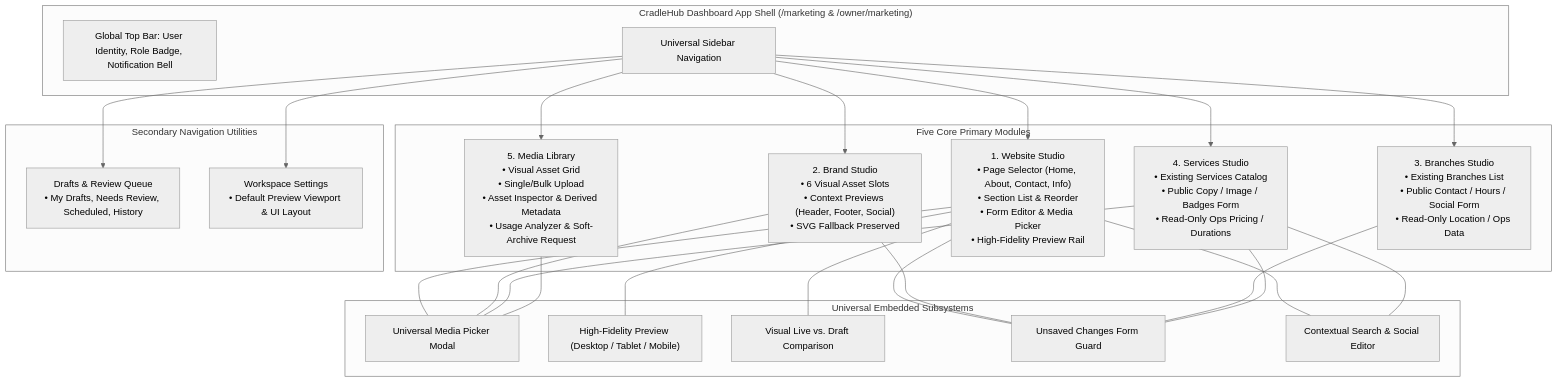
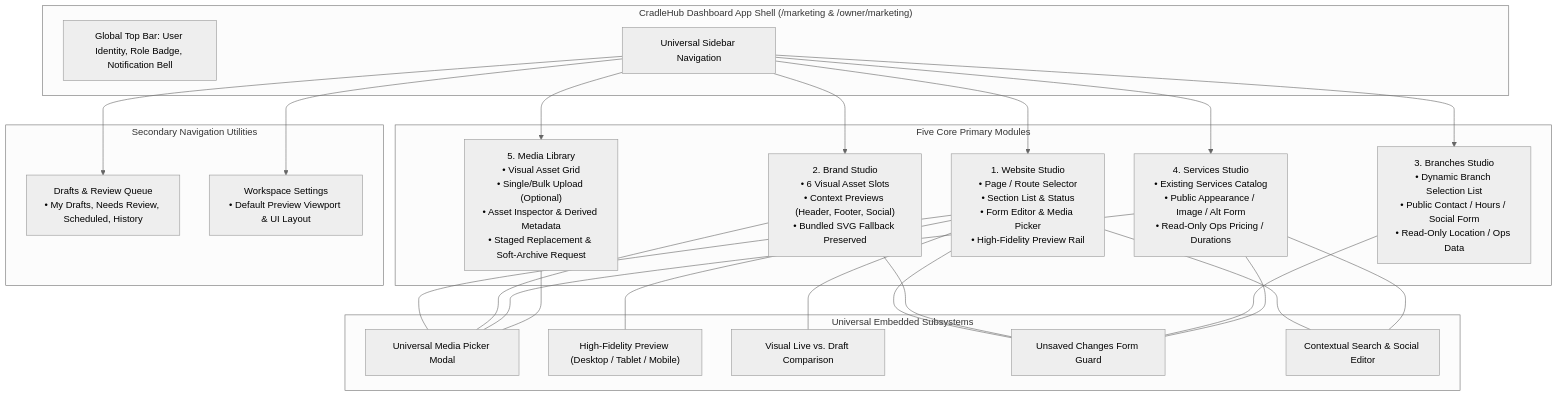
One commit to techwithmpg/Cradlehub changed the first of 2 diagrams in docs/audits/C4_MARKETING_UIUX_WORKFLOW_PLAN.md. Above: the diagram before and after it, drawn with Mermaid (neutral theme). The commit also changed other lines of this file and 2 other files, not shown here.

````diff
--- a/docs/audits/C4_MARKETING_UIUX_WORKFLOW_PLAN.md
+++ b/docs/audits/C4_MARKETING_UIUX_WORKFLOW_PLAN.md
@@ -49,53 +55,53 @@
 ```mermaid
 graph TD
     subgraph AppShell["CradleHub Dashboard App Shell (/marketing & /owner/marketing)"]
         NavTop["Global Top Bar: User Identity, Role Badge, Notification Bell"]
         NavSide["Universal Sidebar Navigation"]
     end
 
     subgraph PrimaryNav["Five Core Primary Modules"]
-        M1["1. Website Studio<br/>• Page Selector (Home, About, Contact, Info)<br/>• Section List & Reorder<br/>• Form Editor & Media Picker<br/>• High-Fidelity Preview Rail"]
-        M2["2. Brand Studio<br/>• 6 Visual Asset Slots<br/>• Context Previews (Header, Footer, Social)<br/>• SVG Fallback Preserved"]
-        M3["3. Branches Studio<br/>• Existing Branches List<br/>• Public Contact / Hours / Social Form<br/>• Read-Only Location / Ops Data"]
-        M4["4. Services Studio<br/>• Existing Services Catalog<br/>• Public Copy / Image / Badges Form<br/>• Read-Only Ops Pricing / Durations"]
-        M5["5. Media Library<br/>• Visual Asset Grid<br/>• Single/Bulk Upload<br/>• Asset Inspector & Derived Metadata<br/>• Usage Analyzer & Soft-Archive Request"]
+        M1["1. Website Studio<br/>• Page / Route Selector<br/>• Section List & Status<br/>• Form Editor & Media Picker<br/>• High-Fidelity Preview Rail"]
+        M2["2. Brand Studio<br/>• 6 Visual Asset Slots<br/>• Context Previews (Header, Footer, Social)<br/>• Bundled SVG Fallback Preserved"]
+        M3["3. Branches Studio<br/>• Dynamic Branch Selection List<br/>• Public Contact / Hours / Social Form<br/>• Read-Only Location / Ops Data"]
+        M4["4. Services Studio<br/>• Existing Services Catalog<br/>• Public Appearance / Image / Alt Form<br/>• Read-Only Ops Pricing / Durations"]
+        M5["5. Media Library<br/>• Visual Asset Grid<br/>• Single/Bulk Upload (Optional)<br/>• Asset Inspector & Derived Metadata<br/>• Staged Replacement & Soft-Archive Request"]
     end
 
     subgraph SecondaryViews["Secondary Navigation Utilities"]
         S1["Drafts & Review Queue<br/>• My Drafts, Needs Review, Scheduled, History"]
         S2["Workspace Settings<br/>• Default Preview Viewport & UI Layout"]
     end
 
     subgraph CrossCuttingComponents["Universal Embedded Subsystems"]
         X_PICK["Universal Media Picker Modal"]
         X_PREV["High-Fidelity Preview (Desktop / Tablet / Mobile)"]
         X_DIFF["Visual Live vs. Draft Comparison"]
         X_GUARD["Unsaved Changes Form Guard"]
         X_SEO["Contextual Search & Social Editor"]
     end
 
     NavSide --> M1
     NavSide --> M2
     NavSide --> M3
     NavSide --> M4
     NavSide --> M5
     NavSide --> S1
     NavSide --> S2
 
     M1 --- X_PREV
     M1 --- X_PICK
     M1 --- X_SEO
     M1 --- X_DIFF
     M1 --- X_GUARD
 
     M2 --- X_PICK
     M2 --- X_GUARD
 
     M3 --- X_GUARD
 
     M4 --- X_PICK
     M4 --- X_SEO
     M4 --- X_GUARD
 
     M5 --- X_PICK
 ```
````
